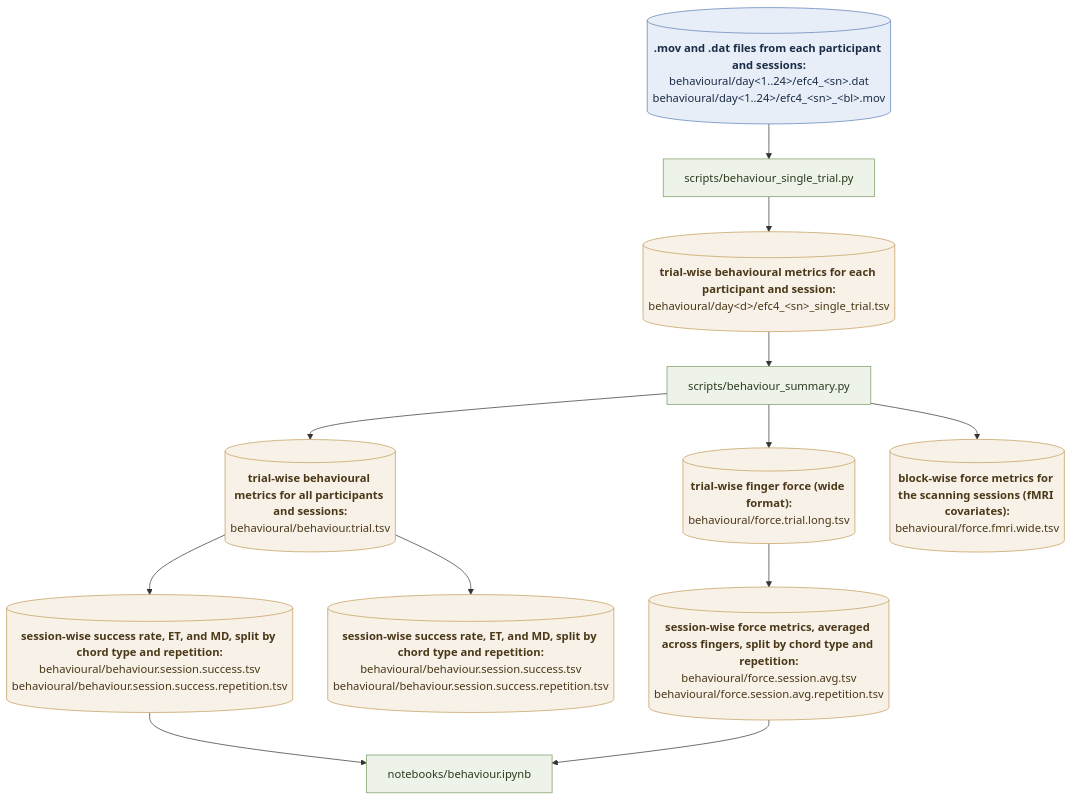
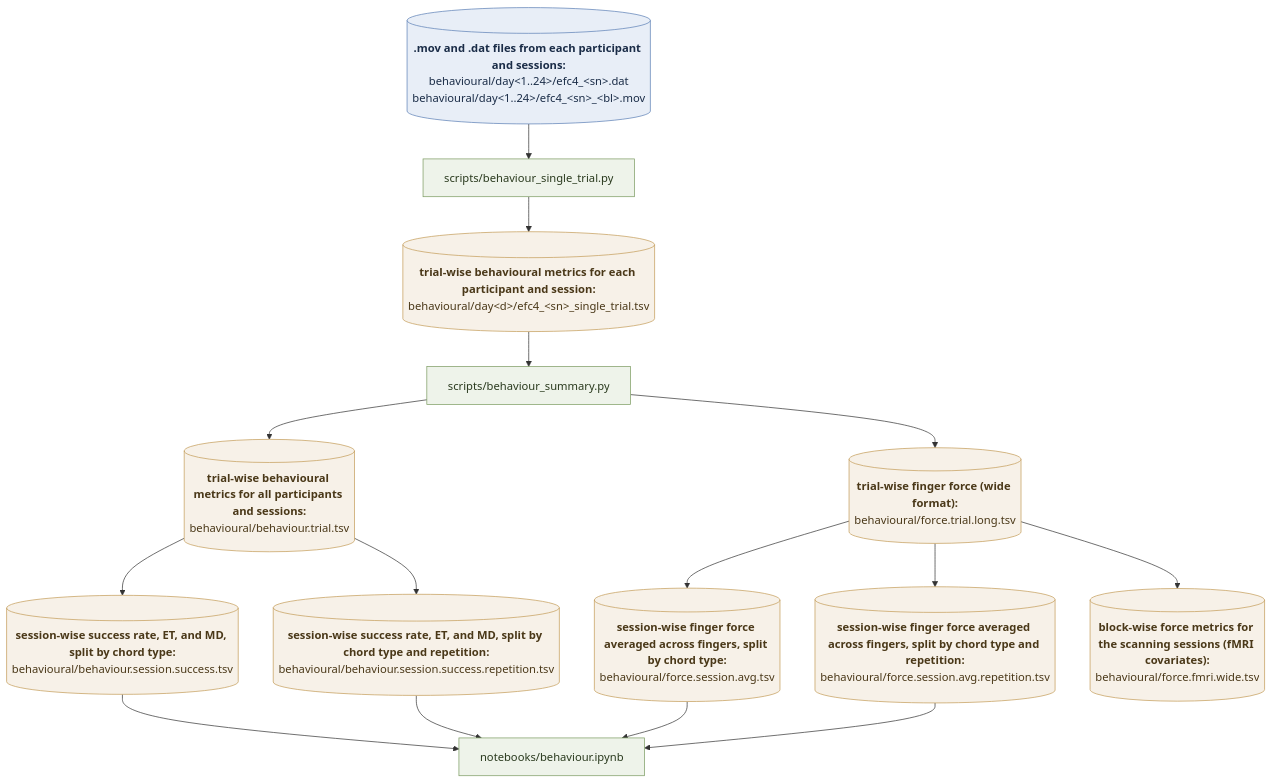
One commit to mnlmrc/extension-flexion-chords changed the diagram in README.md. Above: the diagram before and after it, drawn with Mermaid. The commit also changed other lines of this file, not shown here.

````diff
--- a/README.md
+++ b/README.md
@@ -24,41 +24,51 @@
 ```mermaid
 flowchart TD
     %% ---------- raw ----------
     RAW[("<b>.mov and .dat files from each participant and sessions:</b><br/>behavioural/day&lt;1..24&gt;/efc4_&lt;sn&gt;.dat<br/>behavioural/day&lt;1..24&gt;/efc4_&lt;sn&gt;_&lt;bl&gt;.mov")]:::input
 
     %% ---------- single trial ----------
     ST["scripts/behaviour_single_trial.py"]:::code
     STTSV[("<b>trial-wise behavioural metrics for each participant and session:</b><br/>behavioural/day&lt;d&gt;/efc4_&lt;sn&gt;_single_trial.tsv")]:::data
 
     RAW --> ST
     ST --> STTSV
 
     %% ---------- summary ----------
     SUM["scripts/behaviour_summary.py"]:::code
     STTSV --> SUM
 
     TRIAL[("<b>trial-wise behavioural metrics for all participants and sessions:</b><br/>behavioural/behaviour.trial.tsv")]:::data
-    PERF[("<b>session-wise success rate, ET, and MD, split by chord type and repetition:</b><br/>behavioural/behaviour.session.success.tsv<br/>behavioural/behaviour.session.success.repetition.tsv")]:::data
-    PERF_REP[("<b>session-wise success rate, ET, and MD, split by chord type and repetition:</b><br/>behavioural/behaviour.session.success.tsv<br/>behavioural/behaviour.session.success.repetition.tsv")]:::data
-    FLONG[("<b>trial-wise finger force (wide format):</b><br/>behavioural/force.trial.long.tsv")]:::data
-    FSESS[("<b>session-wise force metrics, averaged across fingers, split by chord type and repetition:</b><br/>behavioural/force.session.avg.tsv<br/>behavioural/force.session.avg.repetition.tsv")]:::data
+    
+    PERF[("<b>session-wise success rate, ET, and MD, split by chord type:</b><br/>behavioural/behaviour.session.success.tsv")]:::data
+    PERF_REP[("<b>session-wise success rate, ET, and MD, split by chord type and repetition:</b><br/>behavioural/behaviour.session.success.repetition.tsv")]:::data
+    
+    FWIDE[("<b>trial-wise finger force (wide format):</b><br/>behavioural/force.trial.long.tsv")]:::data
+    FSESS[("<b>session-wise finger force averaged across fingers, split by chord type:</b><br/>behavioural/force.session.avg.tsv")]:::data
+    FSESS_REP[("<b>session-wise finger force averaged across fingers, split by chord type and repetition:</b><br/>behavioural/force.session.avg.repetition.tsv")]:::data
     FMRI[("<b>block-wise force metrics for the scanning sessions (fMRI covariates):</b><br/>behavioural/force.fmri.wide.tsv")]:::data
 
+    %% performance
     SUM --> TRIAL
     TRIAL --> PERF
     TRIAL --> PERF_REP
-    SUM --> FLONG
-    FLONG --> FSESS
-    SUM --> FMRI
+
+    %% force
+    SUM --> FWIDE
+    FWIDE --> FSESS
+    FWIDE --> FSESS_REP
+    FWIDE --> FMRI
+  
 
     %% ---------- figures / downstream ----------
-    NB["notebooks/behaviour.ipynb"]:::code
+    NB_BEHAV["notebooks/behaviour.ipynb"]:::code
 
-    PERF --> NB
-    FSESS --> NB
+    PERF --> NB_BEHAV
+    PERF_REP --> NB_BEHAV
+    FSESS --> NB_BEHAV
+    FSESS_REP --> NB_BEHAV
 
     classDef input fill:#e8eef7,stroke:#5b7fb5,color:#1a2c47;
     classDef code  fill:#eef3ea,stroke:#7a9a5f,color:#2a3a1e;
     classDef data  fill:#f7f1e8,stroke:#c39b56,color:#4a3818;
     classDef out   fill:#f3e8f0,stroke:#a86b97,color:#3f1f39;
 ```
````
